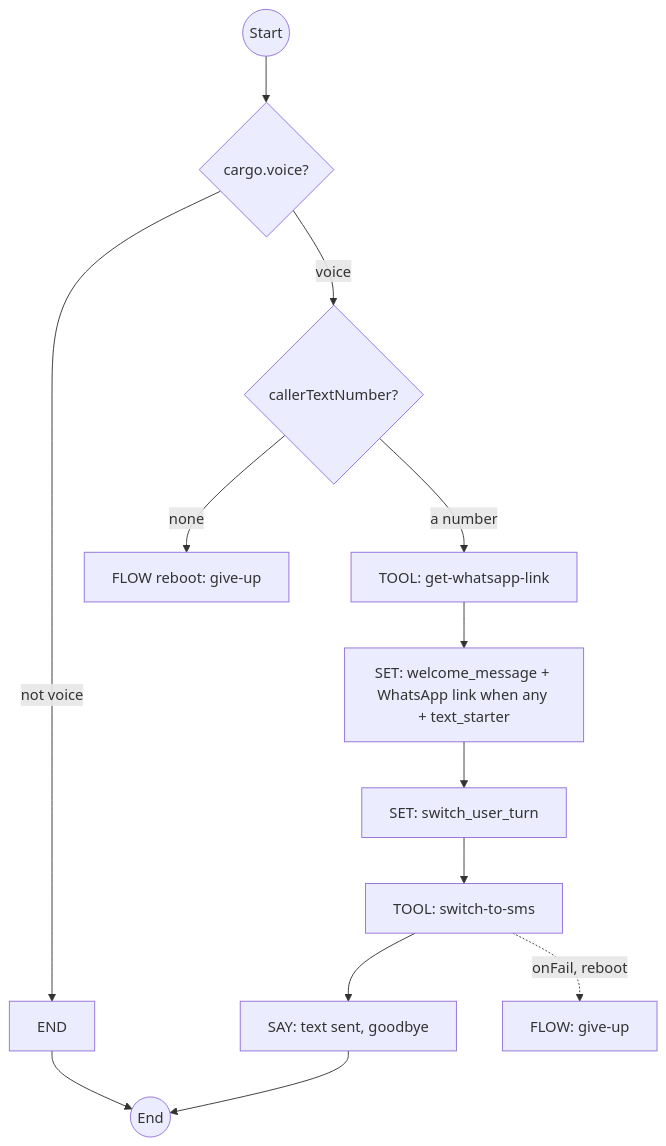
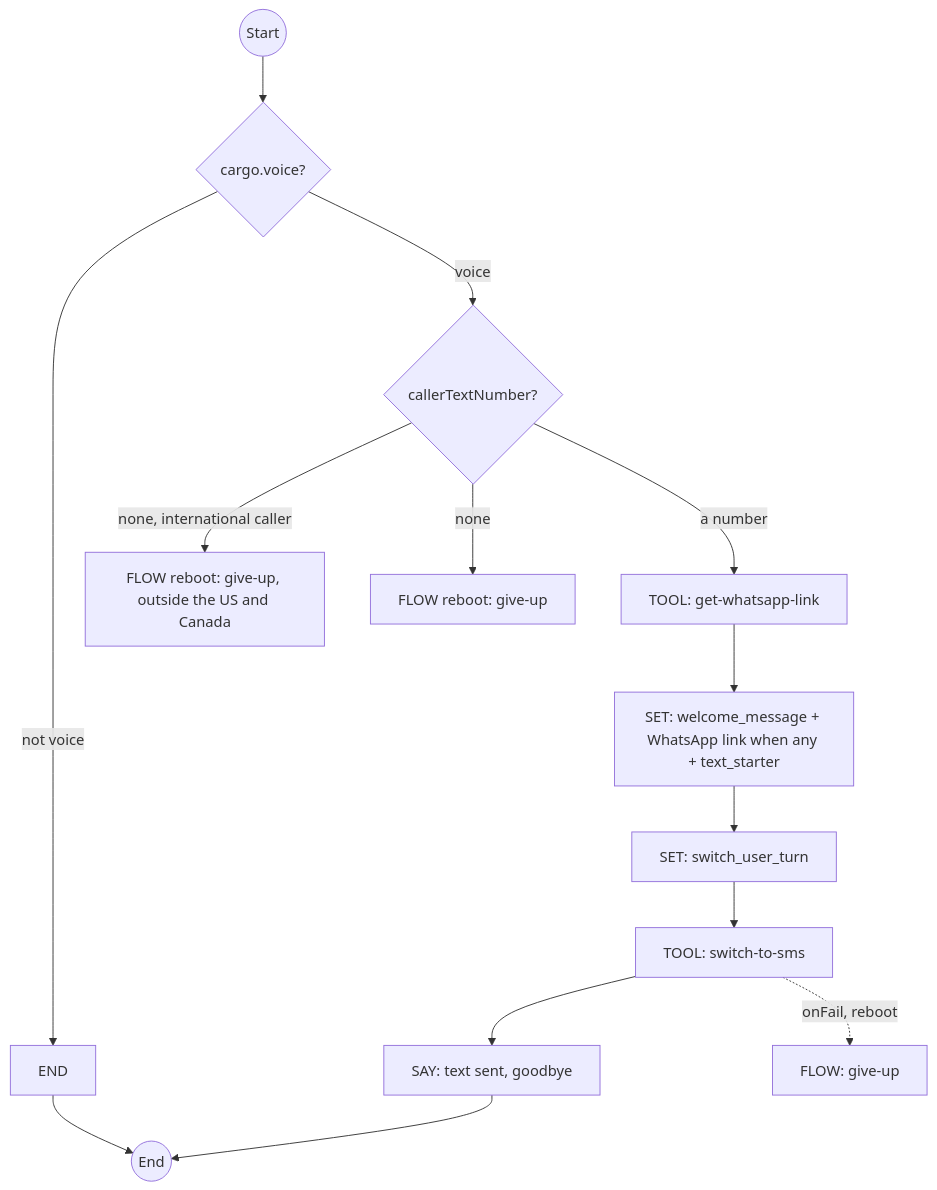
One commit to ronpinkas/jsfe changed the fourth of 22 diagrams in docs/system-flows.md. Above: the diagram before and after it, drawn with Mermaid. The commit also changed other lines of this file and 1 other file, not shown here.

````diff
--- a/docs/system-flows.md
+++ b/docs/system-flows.md
@@ -224,15 +230,16 @@
 ```mermaid
 graph TD
     start((Start)) --> check_already_text{cargo.voice?}
     check_already_text -->|not voice| already_text_mode[END]
     check_already_text -->|voice| check_can_text{callerTextNumber?}
+    check_can_text -->|none, international caller| international_give_up[FLOW reboot: give-up, outside the US and Canada]
     check_can_text -->|none| cannot_text_give_up[FLOW reboot: give-up]
     check_can_text -->|a number| get_whatsapp_link[TOOL: get-whatsapp-link]
     get_whatsapp_link --> set_welcome_message[SET: welcome_message + WhatsApp link when any + text_starter]
     set_welcome_message --> set_switch_user_turn[SET: switch_user_turn]
     set_switch_user_turn --> send_welcome_sms[TOOL: switch-to-sms]
     send_welcome_sms --> confirm_sms_sent[SAY: text sent, goodbye]
     send_welcome_sms -.->|onFail, reboot| sms_failed_flow[FLOW: give-up]
     confirm_sms_sent --> stop((End))
     already_text_mode --> stop
 ```
````
